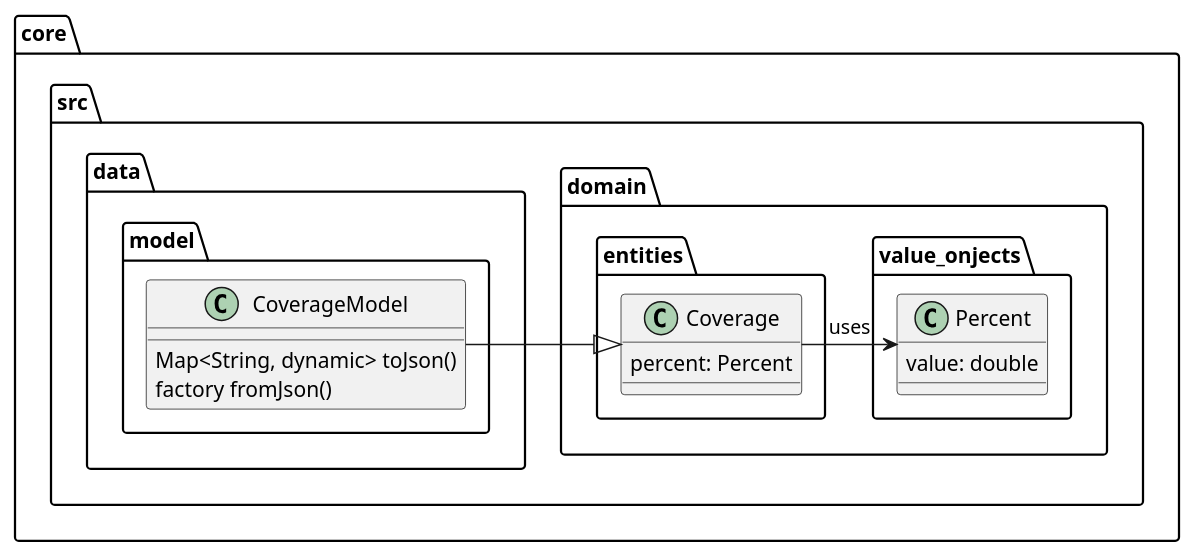
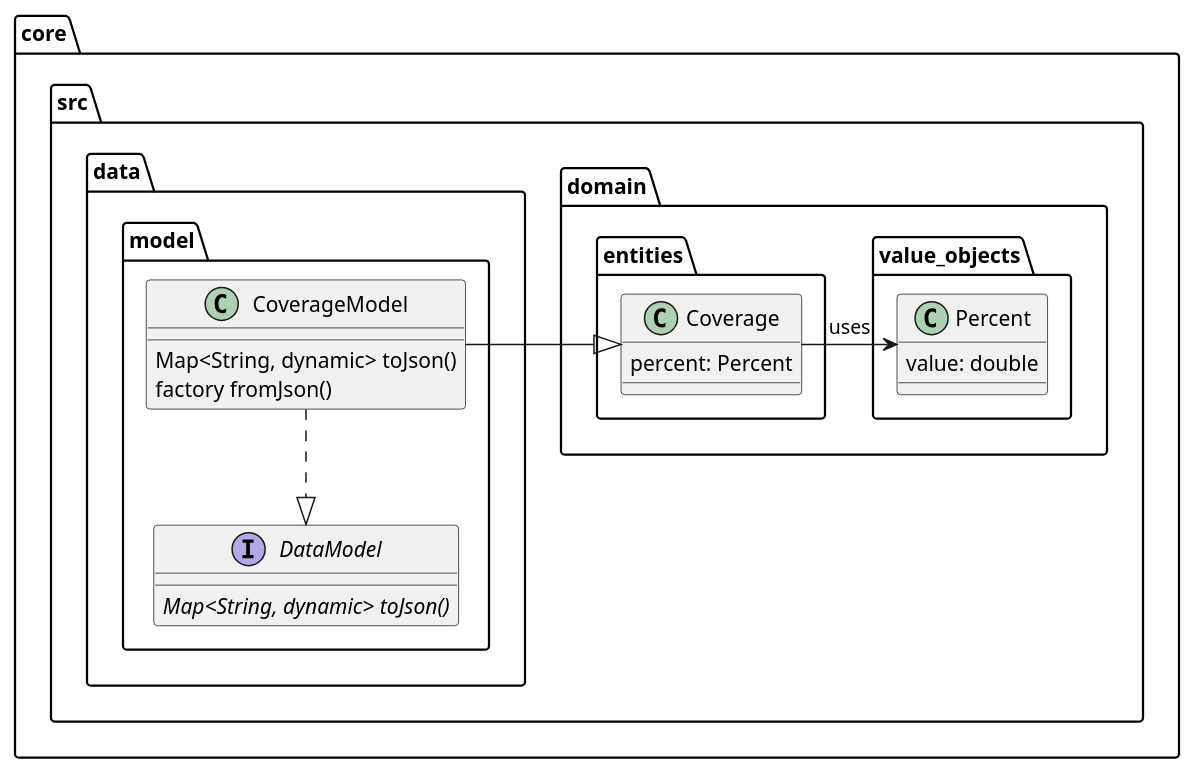
One commit to Flank/flank-dashboard changed the diagram in metrics/ci_integrations/docs/diagrams/ci_integrations_coverage_class_diagram.puml. Above: the diagram before and after it, drawn with PlantUML. The commit also changed 1 other file, not shown here.

Commit message:
fix: Improve coverage converter diagrams (#723)
* Improve coverage converter diagrams

* Typo fix

```diff
--- a/metrics/ci_integrations/docs/diagrams/ci_integrations_coverage_class_diagram.puml
+++ b/metrics/ci_integrations/docs/diagrams/ci_integrations_coverage_class_diagram.puml
@@ -1,31 +1,37 @@
 @startuml coverage_data_model_class_diagram
 
 package core.src {
     package domain {
-        package value_onjects {
+        package value_objects {
             class Percent {
                 value: double
             }
         }
 
         package entities {
             class Coverage {
                 percent: Percent
             }
         }
     }
 
 
     package data.model {
         class CoverageModel {
             Map<String, dynamic> toJson()
             factory fromJson()
         }
+
+        interface DataModel {
+            {abstract} Map<String, dynamic> toJson()
+        }
     }
 }
 
 Coverage -> Percent : uses
 CoverageModel -|> Coverage
 
+CoverageModel ..|> DataModel
+
 
 @enduml
```
